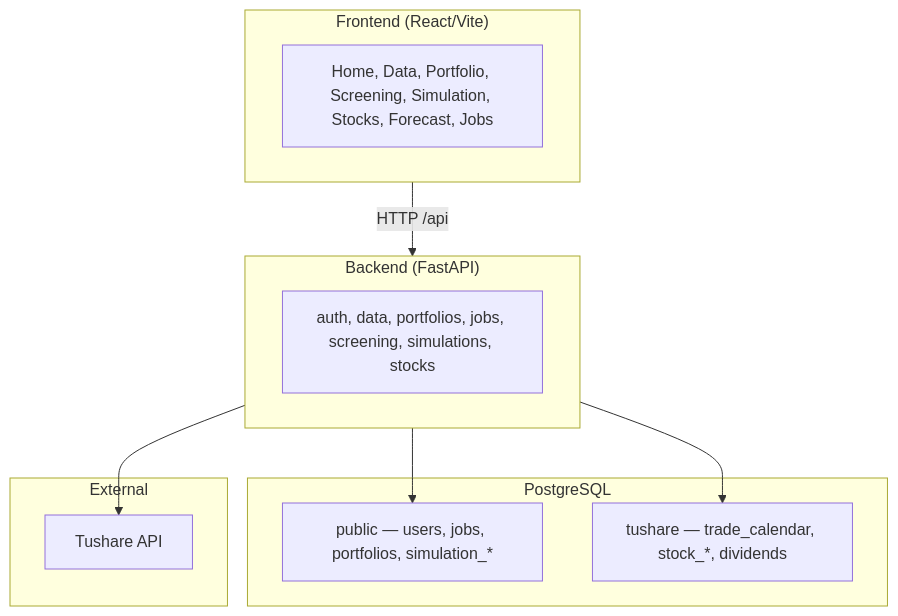
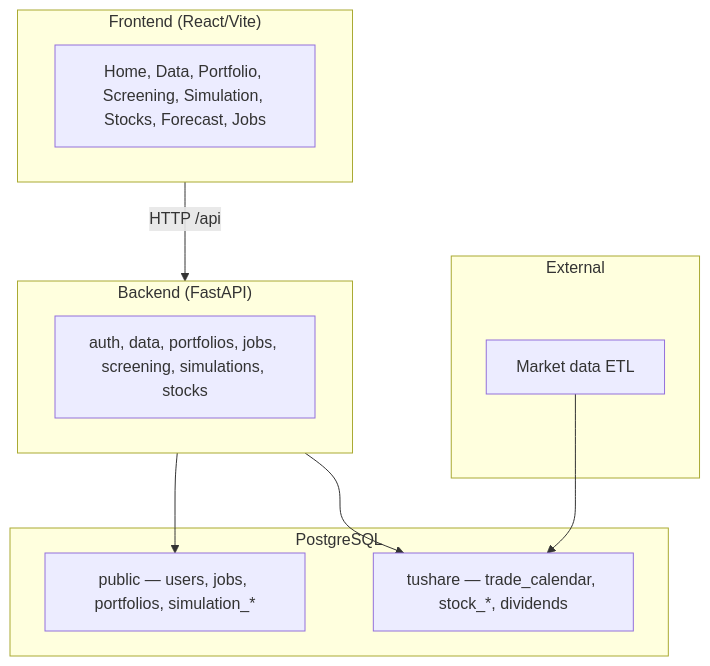
The diagram in docs/architecture.md (yingrui/turtle), drawn with Mermaid before and after one commit. The commit also changed other lines of this file and 66 other files, not shown here.

````diff
--- a/docs/architecture.md
+++ b/docs/architecture.md
@@ -7,24 +7,24 @@
 ```mermaid
 flowchart TB
   subgraph Frontend["Frontend (React/Vite)"]
     FE["Home, Data, Portfolio, Screening, Simulation, Stocks, Forecast, Jobs"]
   end
 
   subgraph Backend["Backend (FastAPI)"]
     API["auth, data, portfolios, jobs, screening, simulations, stocks"]
   end
 
   subgraph Storage["PostgreSQL"]
     Public["public — users, jobs, portfolios, simulation_*"]
     Tushare["tushare — trade_calendar, stock_*, dividends"]
   end
 
   subgraph External["External"]
-    TS[Tushare API]
+    ETL[Market data ETL]
   end
 
   Frontend -->|"HTTP /api"| Backend
   Backend --> Public
   Backend --> Tushare
-  Backend --> TS
+  ETL --> Tushare
 ```
````
